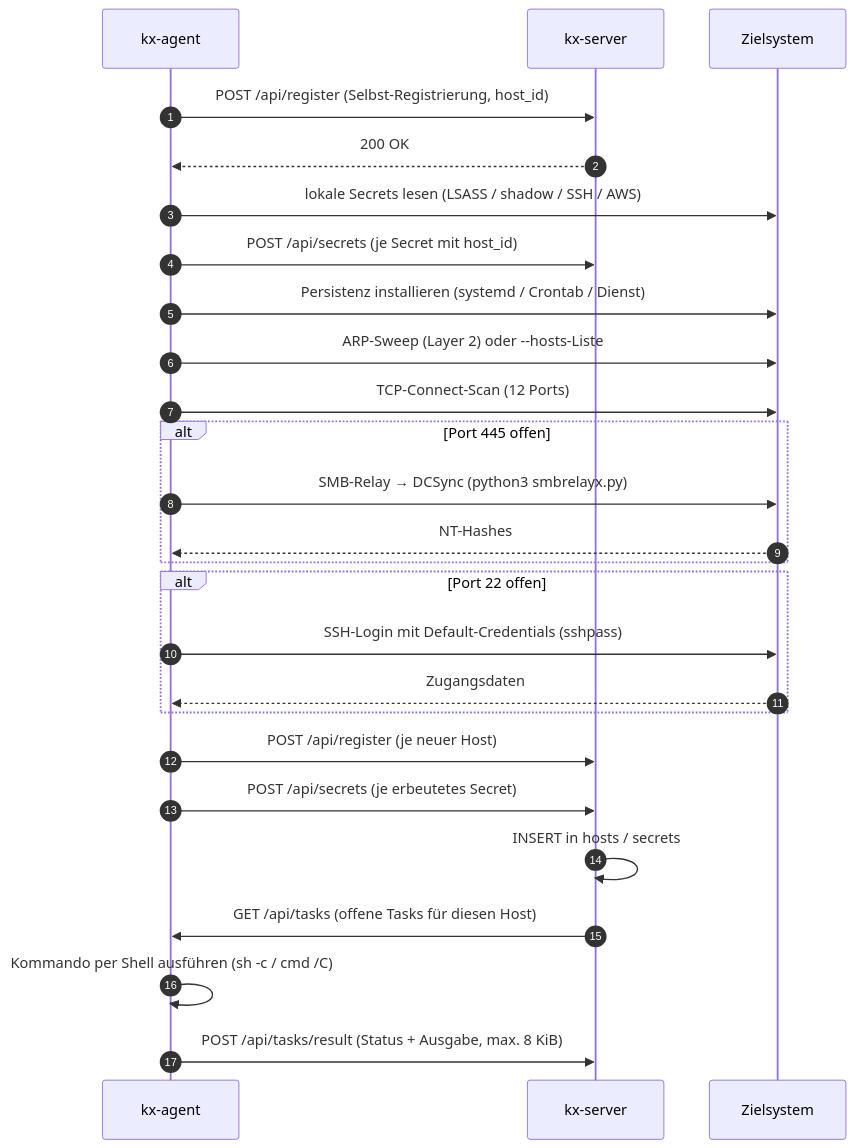
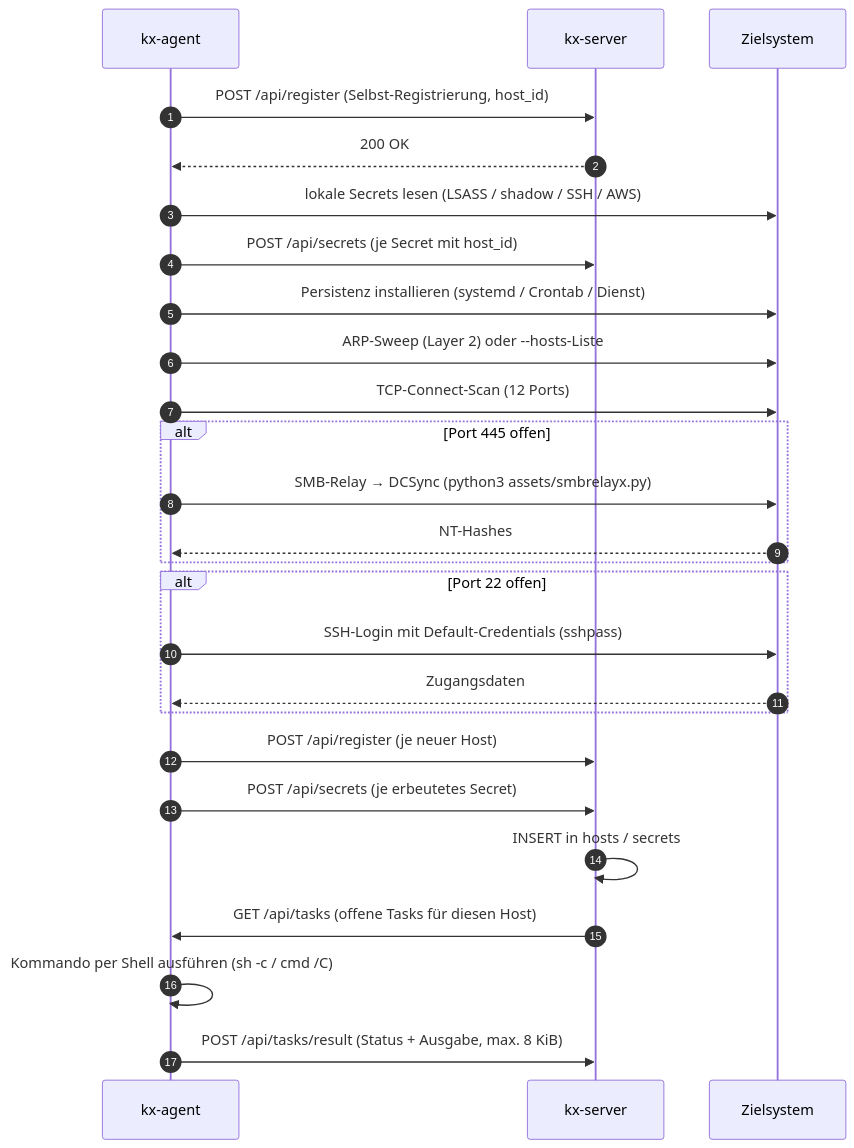
Before and after one commit to arn0ld87/testwurm: the second of 2 diagrams in README.md, drawn with Mermaid. The commit also changed other lines of this file and 20 other files, not shown here.

````diff
--- a/README.md
+++ b/README.md
@@ -167,29 +167,29 @@
 ```mermaid
 sequenceDiagram
     autonumber
     participant A as kx-agent
     participant S as kx-server
     participant Z as Zielsystem
 
     A->>S: POST /api/register (Selbst-Registrierung, host_id)
     S-->>A: 200 OK
     A->>Z: lokale Secrets lesen (LSASS / shadow / SSH / AWS)
     A->>S: POST /api/secrets (je Secret mit host_id)
     A->>Z: Persistenz installieren (systemd / Crontab / Dienst)
     A->>Z: ARP-Sweep (Layer 2) oder --hosts-Liste
     A->>Z: TCP-Connect-Scan (12 Ports)
     alt Port 445 offen
-        A->>Z: SMB-Relay → DCSync (python3 smbrelayx.py)
+        A->>Z: SMB-Relay → DCSync (python3 assets/smbrelayx.py)
         Z-->>A: NT-Hashes
     end
     alt Port 22 offen
         A->>Z: SSH-Login mit Default-Credentials (sshpass)
         Z-->>A: Zugangsdaten
     end
     A->>S: POST /api/register (je neuer Host)
     A->>S: POST /api/secrets (je erbeutetes Secret)
     S->>S: INSERT in hosts / secrets
     S->>A: GET /api/tasks (offene Tasks für diesen Host)
     A->>A: Kommando per Shell ausführen (sh -c / cmd /C)
     A->>S: POST /api/tasks/result (Status + Ausgabe, max. 8 KiB)
 ```
````
